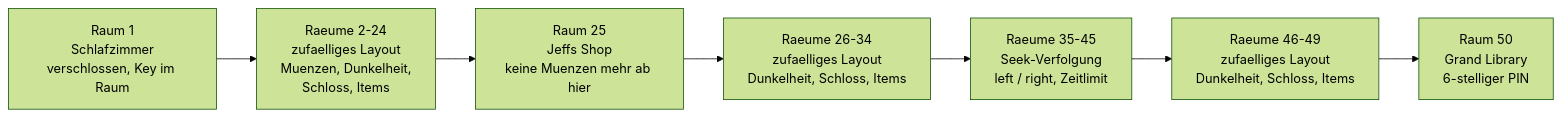
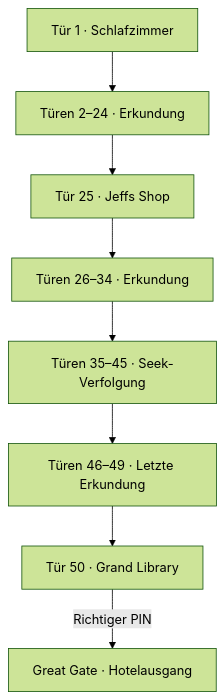
The diagram in docs/doors-raumplan.md (fate-ops/Zork-Game), drawn with Mermaid (forest theme) before and after one commit. The commit also changed other lines of this file and 2 other files, not shown here.

````diff
--- a/docs/doors-raumplan.md
+++ b/docs/doors-raumplan.md
@@ -5,12 +7,14 @@
 ```mermaid
-flowchart LR
-    R1["Raum 1<br/>Schlafzimmer<br/>verschlossen, Key im Raum"]
-    R2["Raeume 2-24<br/>zufaelliges Layout<br/>Muenzen, Dunkelheit,<br/>Schloss, Items"]
-    R25["Raum 25<br/>Jeffs Shop<br/>keine Muenzen mehr ab hier"]
-    R26["Raeume 26-34<br/>zufaelliges Layout<br/>Dunkelheit, Schloss, Items"]
-    R35["Raeume 35-45<br/>Seek-Verfolgung<br/>left / right, Zeitlimit"]
-    R46["Raeume 46-49<br/>zufaelliges Layout<br/>Dunkelheit, Schloss, Items"]
-    R50["Raum 50<br/>Grand Library<br/>6-stelliger PIN"]
+flowchart TD
+    R1["Tür 1 · Schlafzimmer"]
+    R2["Türen 2–24 · Erkundung"]
+    R25["Tür 25 · Jeffs Shop"]
+    R26["Türen 26–34 · Erkundung"]
+    R35["Türen 35–45 · Seek-Verfolgung"]
+    R46["Türen 46–49 · Letzte Erkundung"]
+    R50["Tür 50 · Grand Library"]
+    EXIT["Great Gate · Hotelausgang"]
 
     R1 --> R2 --> R25 --> R26 --> R35 --> R46 --> R50
+    R50 -->|"Richtiger PIN"| EXIT
 ```
````
